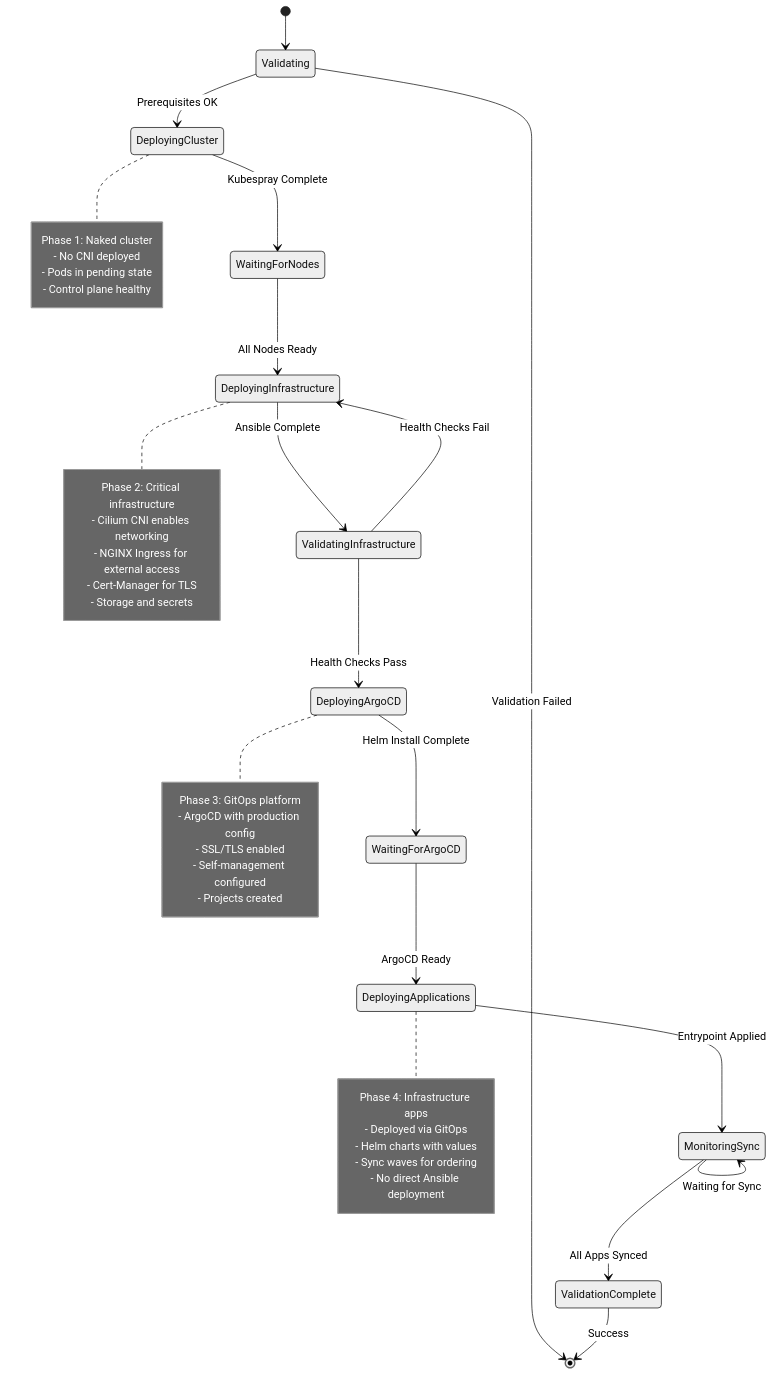
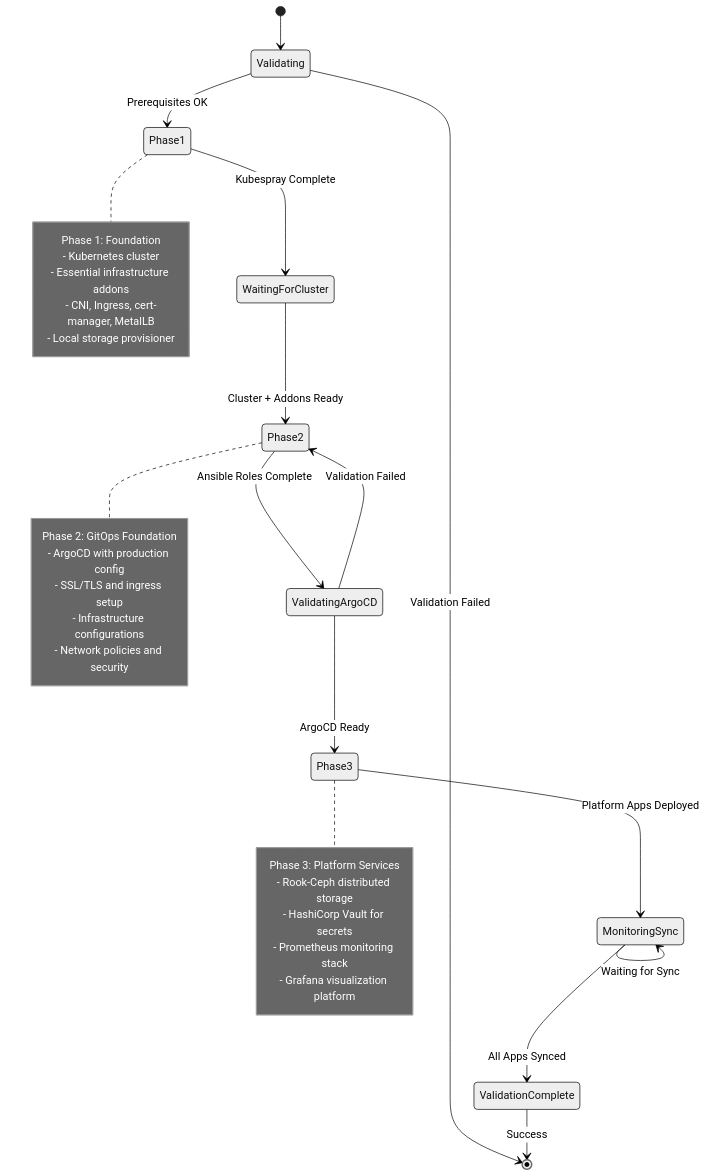
One commit to pnow-devsupreme/pn-infra changed the sixth of 8 diagrams in v0.2.0/README.md. Above: the diagram before and after it, drawn with Mermaid (neutral theme). The commit also changed other lines of this file and 99 other files, not shown here.

First line of the commit message:
feat(platform): implement template-driven deployment system

````diff
--- a/v0.2.0/README.md
+++ b/v0.2.0/README.md
@@ -227,53 +231,43 @@
 ```mermaid
 stateDiagram-v2
     [*] --> Validating
-    Validating --> DeployingCluster : Prerequisites OK
+    Validating --> Phase1 : Prerequisites OK
     Validating --> [*] : Validation Failed
     
-    DeployingCluster --> WaitingForNodes : Kubespray Complete
-    WaitingForNodes --> DeployingInfrastructure : All Nodes Ready
+    Phase1 --> WaitingForCluster : Kubespray Complete
+    WaitingForCluster --> Phase2 : Cluster + Addons Ready
     
-    DeployingInfrastructure --> ValidatingInfrastructure : Ansible Complete
-    ValidatingInfrastructure --> DeployingArgoCD : Health Checks Pass
-    ValidatingInfrastructure --> DeployingInfrastructure : Health Checks Fail
+    Phase2 --> ValidatingArgoCD : Ansible Roles Complete
+    ValidatingArgoCD --> Phase3 : ArgoCD Ready
+    ValidatingArgoCD --> Phase2 : Validation Failed
     
-    DeployingArgoCD --> WaitingForArgoCD : Helm Install Complete
-    WaitingForArgoCD --> DeployingApplications : ArgoCD Ready
-    
-    DeployingApplications --> MonitoringSync : Entrypoint Applied
+    Phase3 --> MonitoringSync : Platform Apps Deployed
     MonitoringSync --> ValidationComplete : All Apps Synced
     MonitoringSync --> MonitoringSync : Waiting for Sync
     
     ValidationComplete --> [*] : Success
     
-    note right of DeployingCluster
-        Phase 1: Naked cluster
-        - No CNI deployed
-        - Pods in pending state
-        - Control plane healthy
+    note right of Phase1
+        Phase 1: Foundation
+        - Kubernetes cluster
+        - Essential infrastructure addons
+        - CNI, Ingress, cert-manager, MetalLB
+        - Local storage provisioner
     end note
     
-    note right of DeployingInfrastructure
-        Phase 2: Critical infrastructure
-        - Cilium CNI enables networking
-        - NGINX Ingress for external access
-        - Cert-Manager for TLS
-        - Storage and secrets
+    note right of Phase2
+        Phase 2: GitOps Foundation
+        - ArgoCD with production config
+        - SSL/TLS and ingress setup
+        - Infrastructure configurations
+        - Network policies and security
     end note
     
-    note right of DeployingArgoCD
-        Phase 3: GitOps platform
-        - ArgoCD with production config
-        - SSL/TLS enabled
-        - Self-management configured
-        - Projects created
-    end note
-    
-    note right of DeployingApplications
-        Phase 4: Infrastructure apps
-        - Deployed via GitOps
-        - Helm charts with values
-        - Sync waves for ordering
-        - No direct Ansible deployment
+    note right of Phase3
+        Phase 3: Platform Services
+        - Rook-Ceph distributed storage
+        - HashiCorp Vault for secrets
+        - Prometheus monitoring stack
+        - Grafana visualization platform
     end note
 ```
````
